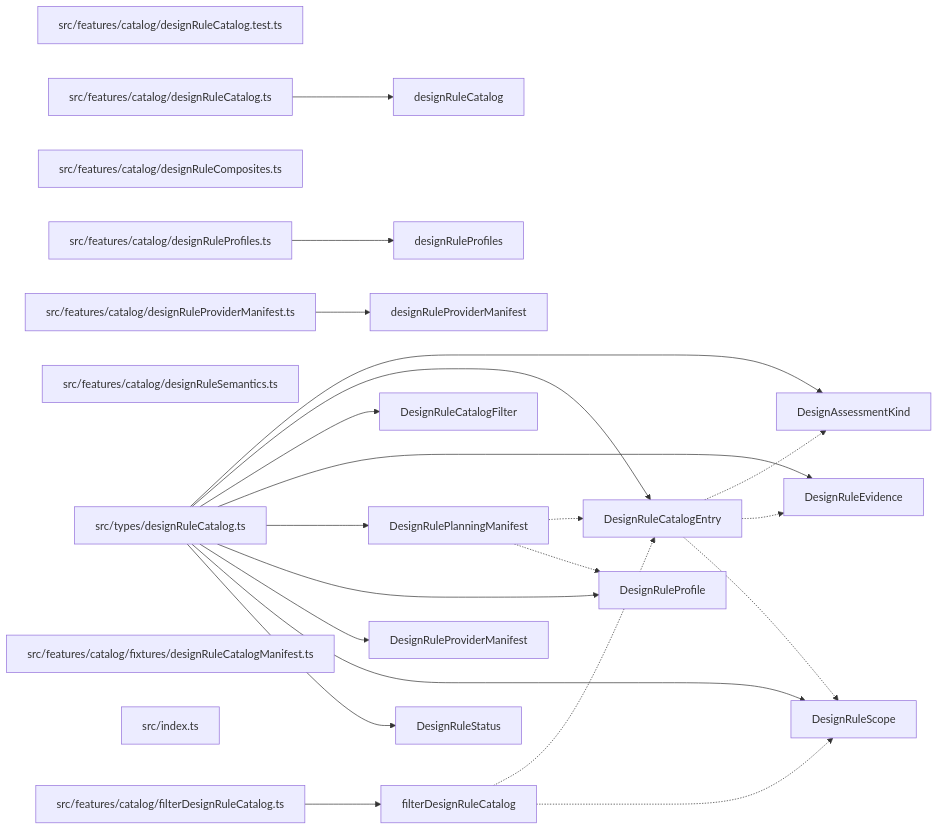
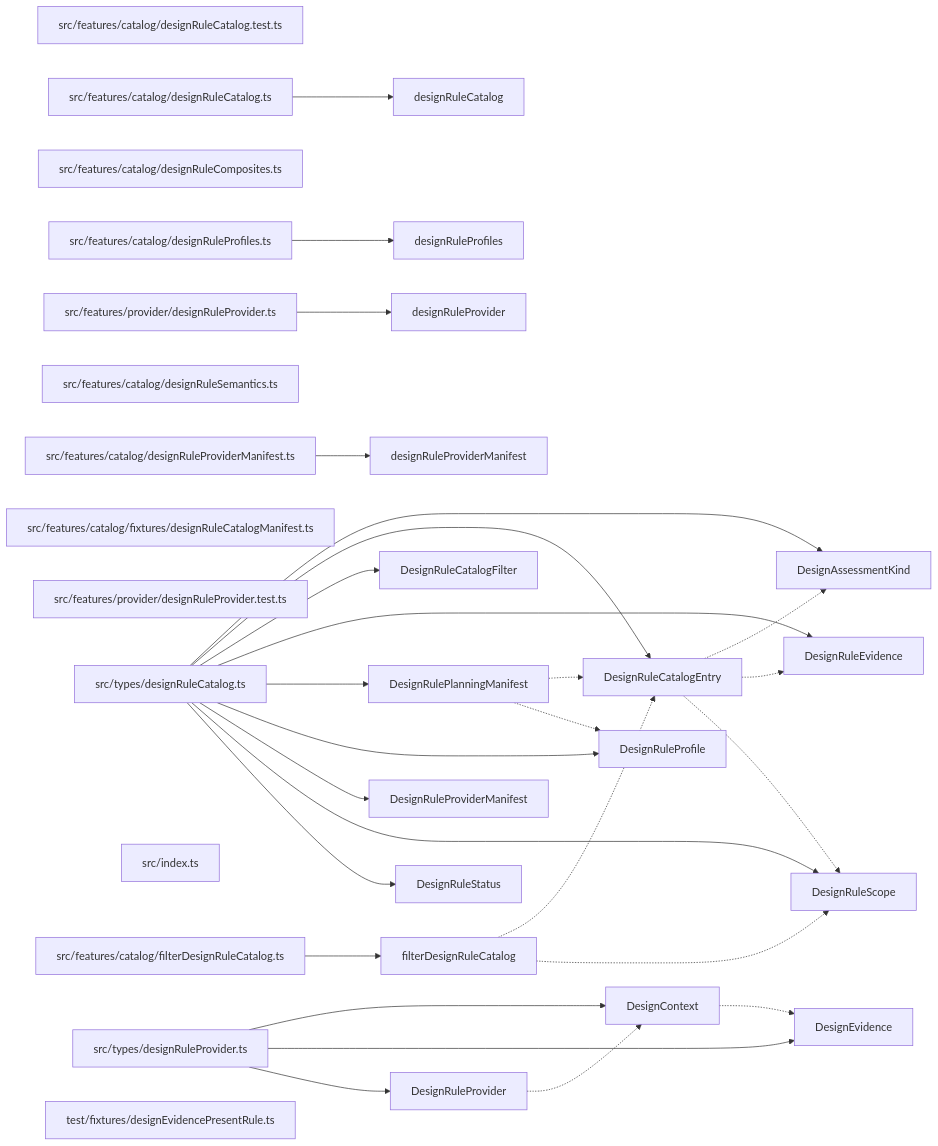
Before and after one commit to ankhorage/rules-design: the diagram in paradox/diagrams/export-graph.mmd, drawn with Mermaid. The commit also changed 11 other files, not shown here.

```diff
--- a/paradox/diagrams/export-graph.mmd
+++ b/paradox/diagrams/export-graph.mmd
@@ -1,44 +1,58 @@
 graph LR
   module_src_features_catalog_designRuleCatalog_test_ts["src/features/catalog/designRuleCatalog.test.ts"]
   module_src_features_catalog_designRuleCatalog_ts["src/features/catalog/designRuleCatalog.ts"]
   module_src_features_catalog_designRuleComposites_ts["src/features/catalog/designRuleComposites.ts"]
   module_src_features_catalog_designRuleProfiles_ts["src/features/catalog/designRuleProfiles.ts"]
   module_src_features_catalog_designRuleProviderManifest_ts["src/features/catalog/designRuleProviderManifest.ts"]
   module_src_features_catalog_designRuleSemantics_ts["src/features/catalog/designRuleSemantics.ts"]
   module_src_features_catalog_filterDesignRuleCatalog_ts["src/features/catalog/filterDesignRuleCatalog.ts"]
   module_src_features_catalog_fixtures_designRuleCatalogManifest_ts["src/features/catalog/fixtures/designRuleCatalogManifest.ts"]
+  module_src_features_provider_designRuleProvider_test_ts["src/features/provider/designRuleProvider.test.ts"]
+  module_src_features_provider_designRuleProvider_ts["src/features/provider/designRuleProvider.ts"]
   module_src_index_ts["src/index.ts"]
   module_src_types_designRuleCatalog_ts["src/types/designRuleCatalog.ts"]
+  module_src_types_designRuleProvider_ts["src/types/designRuleProvider.ts"]
+  module_test_fixtures_designEvidencePresentRule_ts["test/fixtures/designEvidencePresentRule.ts"]
   export_DesignAssessmentKind["DesignAssessmentKind"]
   module_src_types_designRuleCatalog_ts --> export_DesignAssessmentKind
+  export_DesignContext["DesignContext"]
+  module_src_types_designRuleProvider_ts --> export_DesignContext
+  export_DesignContext -.-> export_DesignEvidence
+  export_DesignEvidence["DesignEvidence"]
+  module_src_types_designRuleProvider_ts --> export_DesignEvidence
   export_designRuleCatalog["designRuleCatalog"]
   module_src_features_catalog_designRuleCatalog_ts --> export_designRuleCatalog
   export_DesignRuleCatalogEntry["DesignRuleCatalogEntry"]
   module_src_types_designRuleCatalog_ts --> export_DesignRuleCatalogEntry
   export_DesignRuleCatalogEntry -.-> export_DesignAssessmentKind
   export_DesignRuleCatalogEntry -.-> export_DesignRuleEvidence
   export_DesignRuleCatalogEntry -.-> export_DesignRuleScope
   export_DesignRuleCatalogFilter["DesignRuleCatalogFilter"]
   module_src_types_designRuleCatalog_ts --> export_DesignRuleCatalogFilter
   export_DesignRuleEvidence["DesignRuleEvidence"]
   module_src_types_designRuleCatalog_ts --> export_DesignRuleEvidence
   export_DesignRulePlanningManifest["DesignRulePlanningManifest"]
   module_src_types_designRuleCatalog_ts --> export_DesignRulePlanningManifest
   export_DesignRulePlanningManifest -.-> export_DesignRuleCatalogEntry
   export_DesignRulePlanningManifest -.-> export_DesignRuleProfile
   export_DesignRuleProfile["DesignRuleProfile"]
   module_src_types_designRuleCatalog_ts --> export_DesignRuleProfile
   export_designRuleProfiles["designRuleProfiles"]
   module_src_features_catalog_designRuleProfiles_ts --> export_designRuleProfiles
+  export_designRuleProvider["designRuleProvider"]
+  module_src_features_provider_designRuleProvider_ts --> export_designRuleProvider
+  export_DesignRuleProvider["DesignRuleProvider"]
+  module_src_types_designRuleProvider_ts --> export_DesignRuleProvider
+  export_DesignRuleProvider -.-> export_DesignContext
   export_designRuleProviderManifest["designRuleProviderManifest"]
   module_src_features_catalog_designRuleProviderManifest_ts --> export_designRuleProviderManifest
   export_DesignRuleProviderManifest["DesignRuleProviderManifest"]
   module_src_types_designRuleCatalog_ts --> export_DesignRuleProviderManifest
   export_DesignRuleScope["DesignRuleScope"]
   module_src_types_designRuleCatalog_ts --> export_DesignRuleScope
   export_DesignRuleStatus["DesignRuleStatus"]
   module_src_types_designRuleCatalog_ts --> export_DesignRuleStatus
   export_filterDesignRuleCatalog["filterDesignRuleCatalog"]
   module_src_features_catalog_filterDesignRuleCatalog_ts --> export_filterDesignRuleCatalog
   export_filterDesignRuleCatalog -.-> export_DesignRuleCatalogEntry
   export_filterDesignRuleCatalog -.-> export_DesignRuleScope
```
